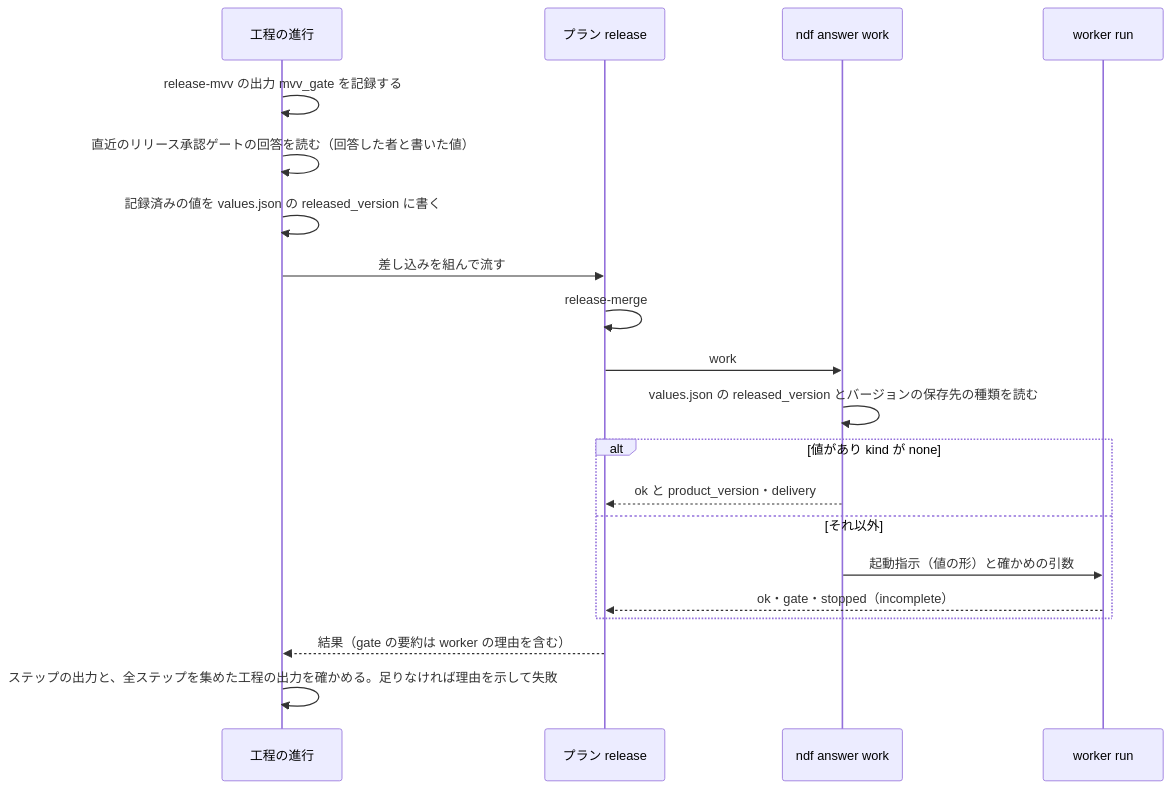
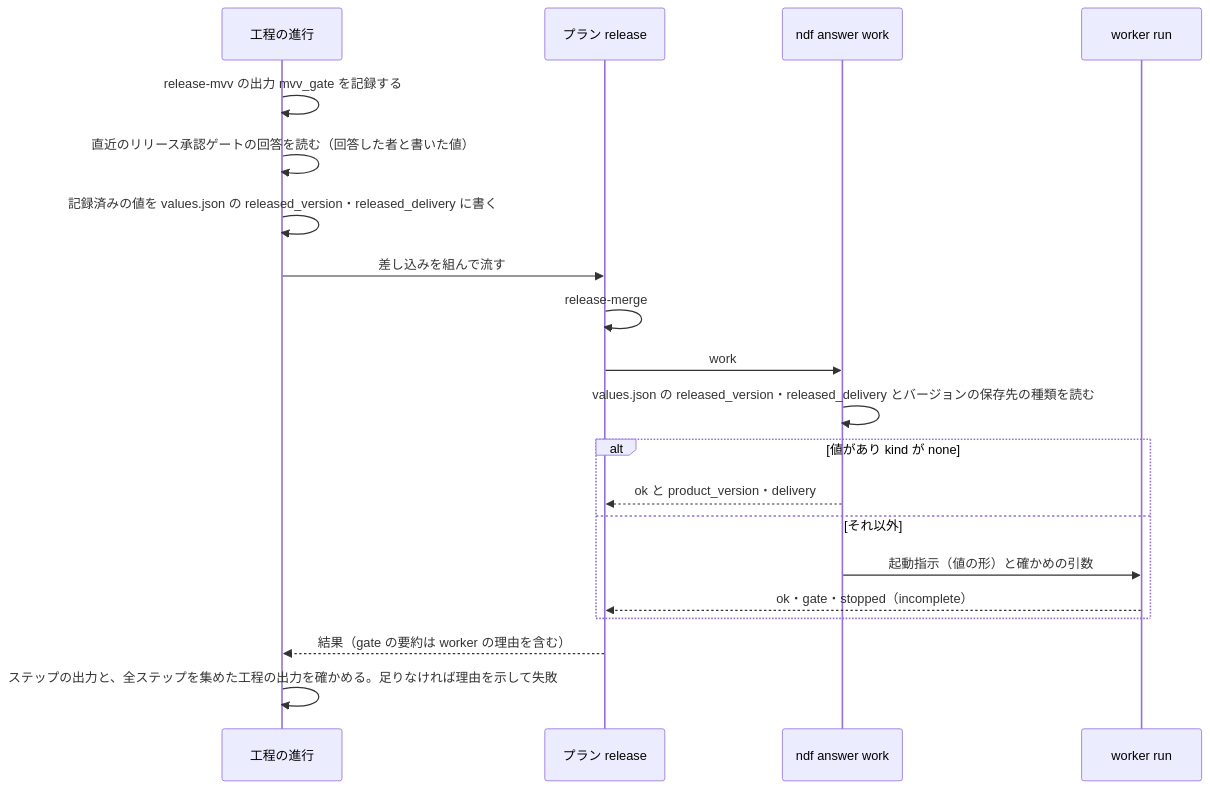
The third of 3 diagrams in issues/issue-4513-design.md (devbasex/ai-plugins), drawn with Mermaid before and after one commit. The commit also changed other lines of this file and 2 other files, not shown here.

First line of the commit message:
Docs: 届け先をオーガナイザーの承認と一緒に記録し、デプロイの工程は記録だけから delivery を返す（#4584 の r2-2）

````diff
--- a/issues/issue-4513-design.md
+++ b/issues/issue-4513-design.md
@@ -150,22 +163,22 @@
 ```mermaid
 sequenceDiagram
   participant P as 工程の進行
   participant T as プラン release
   participant E as ndf answer work
   participant W as worker run
   P->>P: release-mvv の出力 mvv_gate を記録する
   P->>P: 直近のリリース承認ゲートの回答を読む（回答した者と書いた値）
-  P->>P: 記録済みの値を values.json の released_version に書く
+  P->>P: 記録済みの値を values.json の released_version・released_delivery に書く
   P->>T: 差し込みを組んで流す
   T->>T: release-merge
   T->>E: work
-  E->>E: values.json の released_version とバージョンの保存先の種類を読む
+  E->>E: values.json の released_version・released_delivery とバージョンの保存先の種類を読む
   alt 値があり kind が none
     E-->>T: ok と product_version・delivery
   else それ以外
     E->>W: 起動指示（値の形）と確かめの引数
     W-->>T: ok・gate・stopped（incomplete）
   end
   T-->>P: 結果（gate の要約は worker の理由を含む）
   P->>P: ステップの出力と、全ステップを集めた工程の出力を確かめる。足りなければ理由を示して失敗
 ```
````
